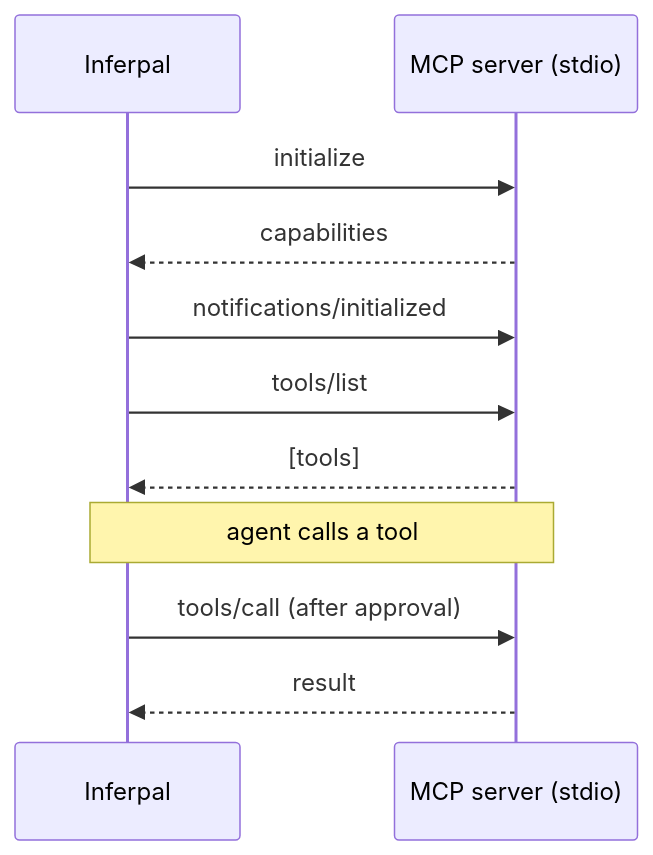
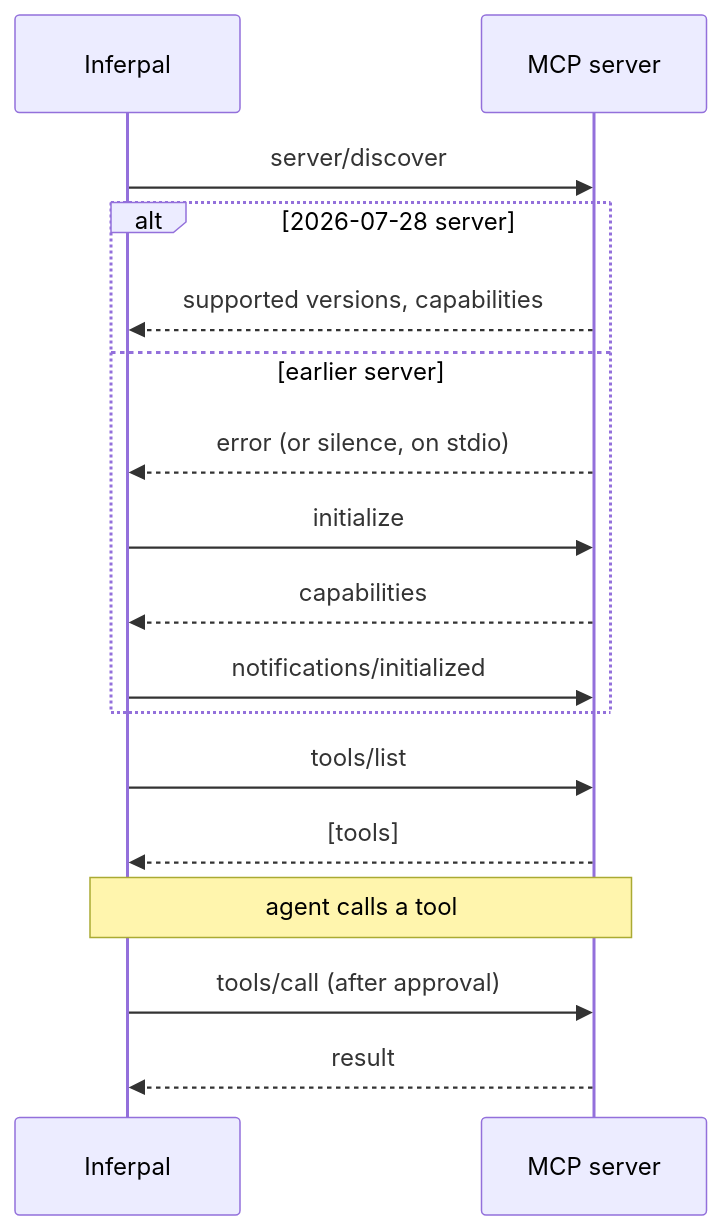
Before and after one commit to EstaxNet/Inferpal: the diagram in docs/mcp.md, drawn with Mermaid. The commit also changed other lines of this file and 24 other files, not shown here.

First line of the commit message:
Lot 4: MCP servers of the 2026-07-28 revision connect, and earlier servers get what they always got

````diff
--- a/docs/mcp.md
+++ b/docs/mcp.md
@@ -53,13 +57,19 @@
 ```mermaid
 sequenceDiagram
     participant I as Inferpal
-    participant S as MCP server (stdio)
-    I->>S: initialize
-    S-->>I: capabilities
-    I->>S: notifications/initialized
+    participant S as MCP server
+    I->>S: server/discover
+    alt 2026-07-28 server
+        S-->>I: supported versions, capabilities
+    else earlier server
+        S-->>I: error (or silence, on stdio)
+        I->>S: initialize
+        S-->>I: capabilities
+        I->>S: notifications/initialized
+    end
     I->>S: tools/list
     S-->>I: [tools]
     Note over I,S: agent calls a tool
     I->>S: tools/call (after approval)
     S-->>I: result
 ```
````
